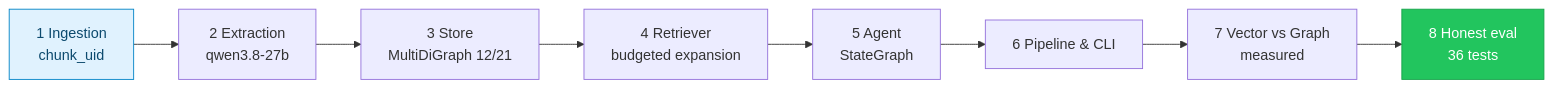
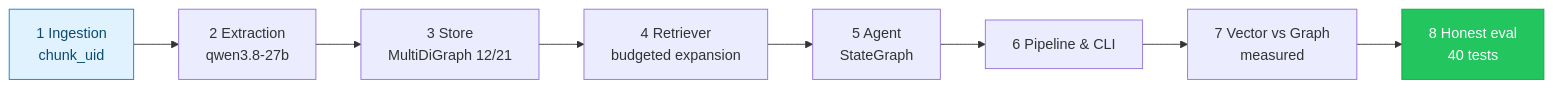
Before and after one commit to manishwvn/graph_rag: the first of 7 diagrams in README.md, drawn with Mermaid. The commit also changed other lines of this file and 9 other files, not shown here.

````diff
--- a/README.md
+++ b/README.md
@@ -38,12 +38,12 @@
 ```mermaid
 graph LR
   E1["1 Ingestion<br/>chunk_uid"] --> E2["2 Extraction<br/>qwen3.8-27b"]
   E2 --> E3["3 Store<br/>MultiDiGraph 12/21"]
   E3 --> E4["4 Retriever<br/>budgeted expansion"]
   E4 --> E5["5 Agent<br/>StateGraph"]
   E5 --> E6["6 Pipeline & CLI"]
   E6 --> E7["7 Vector vs Graph<br/>measured"]
-  E7 --> E8["8 Honest eval<br/>36 tests"]
+  E7 --> E8["8 Honest eval<br/>40 tests"]
   style E8 fill:#22C55E,stroke:#16A34A,color:#fff
   style E1 fill:#E0F2FE,stroke:#0284C7,color:#0C4A6E
 ```
````
